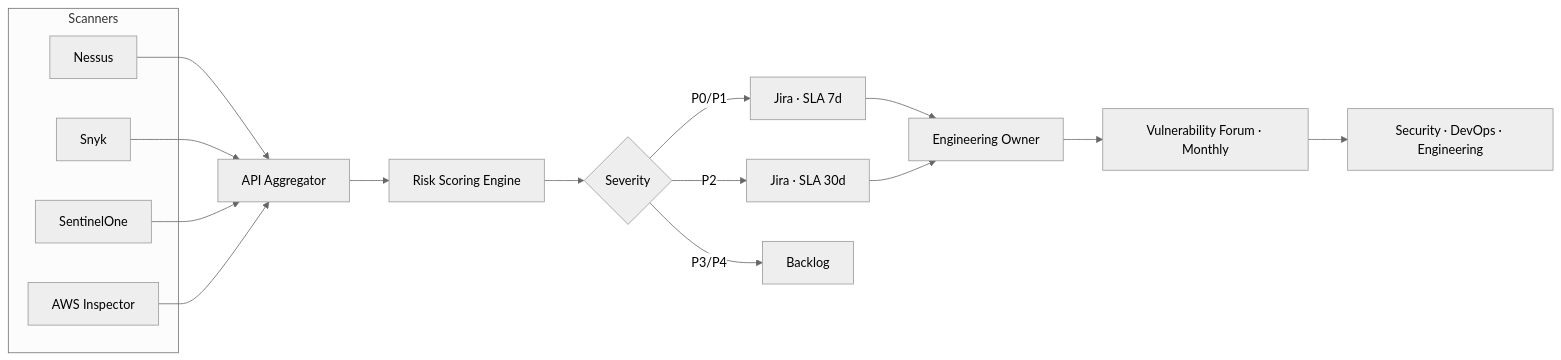
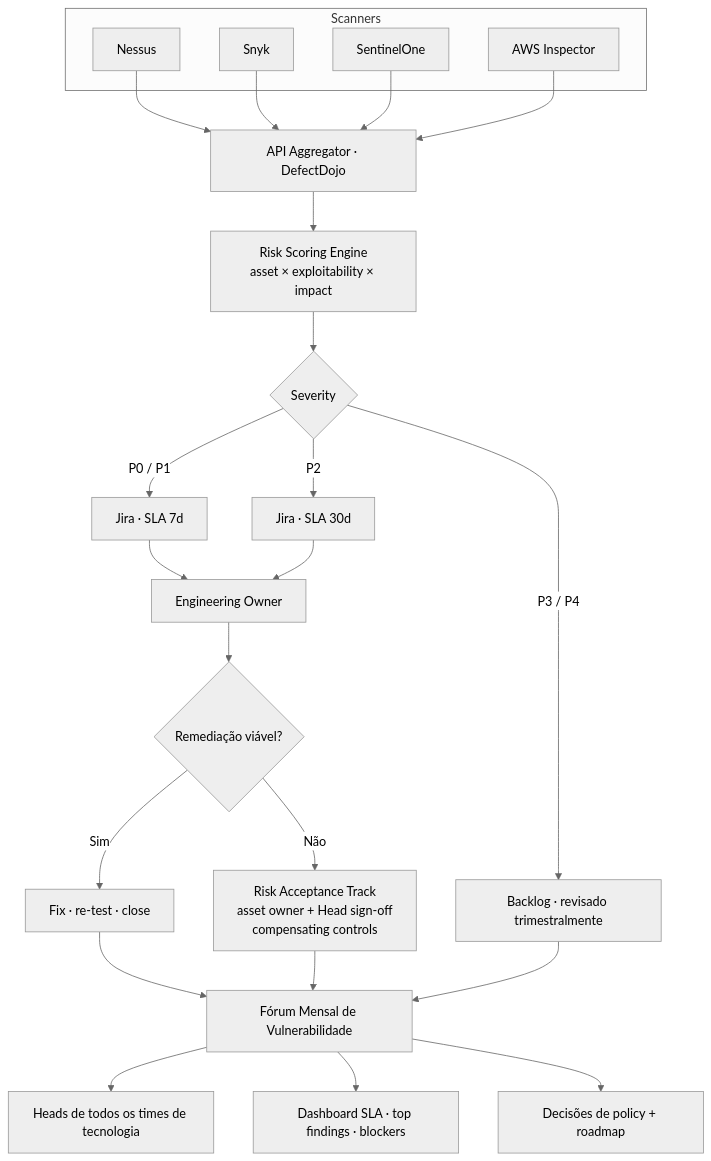
The diagram in src/content/projects/pt/enterprise-vuln-mgmt.mdx (CHDevSec/portfolio), drawn with Mermaid (neutral theme) before and after one commit. The commit also changed other lines of this file and 1 other file, not shown here.

````diff
--- a/src/content/projects/pt/enterprise-vuln-mgmt.mdx
+++ b/src/content/projects/pt/enterprise-vuln-mgmt.mdx
@@ -37,26 +39,36 @@
 ```mermaid
-flowchart LR
+flowchart TB
     subgraph Scanners
     A1[Nessus]
     A2[Snyk]
     A3[SentinelOne]
     A4[AWS Inspector]
     end
 
-    A1 --> B[API Aggregator]
+    A1 --> B[API Aggregator · DefectDojo]
     A2 --> B
     A3 --> B
     A4 --> B
 
-    B --> C[Risk Scoring Engine]
+    B --> C[Risk Scoring Engine<br/>asset × exploitability × impact]
     C --> D{Severity}
 
-    D -->|P0/P1| E[Jira · SLA 7d]
+    D -->|P0 / P1| E[Jira · SLA 7d]
     D -->|P2| F[Jira · SLA 30d]
-    D -->|P3/P4| G[Backlog]
+    D -->|P3 / P4| G[Backlog · revisado trimestralmente]
 
     E --> H[Engineering Owner]
     F --> H
-    H --> I[Vulnerability Forum · Monthly]
-    I --> J[Security · DevOps · Engineering]
+
+    H --> I{Remediação viável?}
+    I -->|Sim| J[Fix · re-test · close]
+    I -->|Não| K[Risk Acceptance Track<br/>asset owner + Head sign-off<br/>compensating controls]
+
+    J --> L[Fórum Mensal de Vulnerabilidade]
+    K --> L
+    G --> L
+
+    L --> M[Heads de todos os times de tecnologia]
+    L --> N[Dashboard SLA · top findings · blockers]
+    L --> O[Decisões de policy + roadmap]
 ```
````
